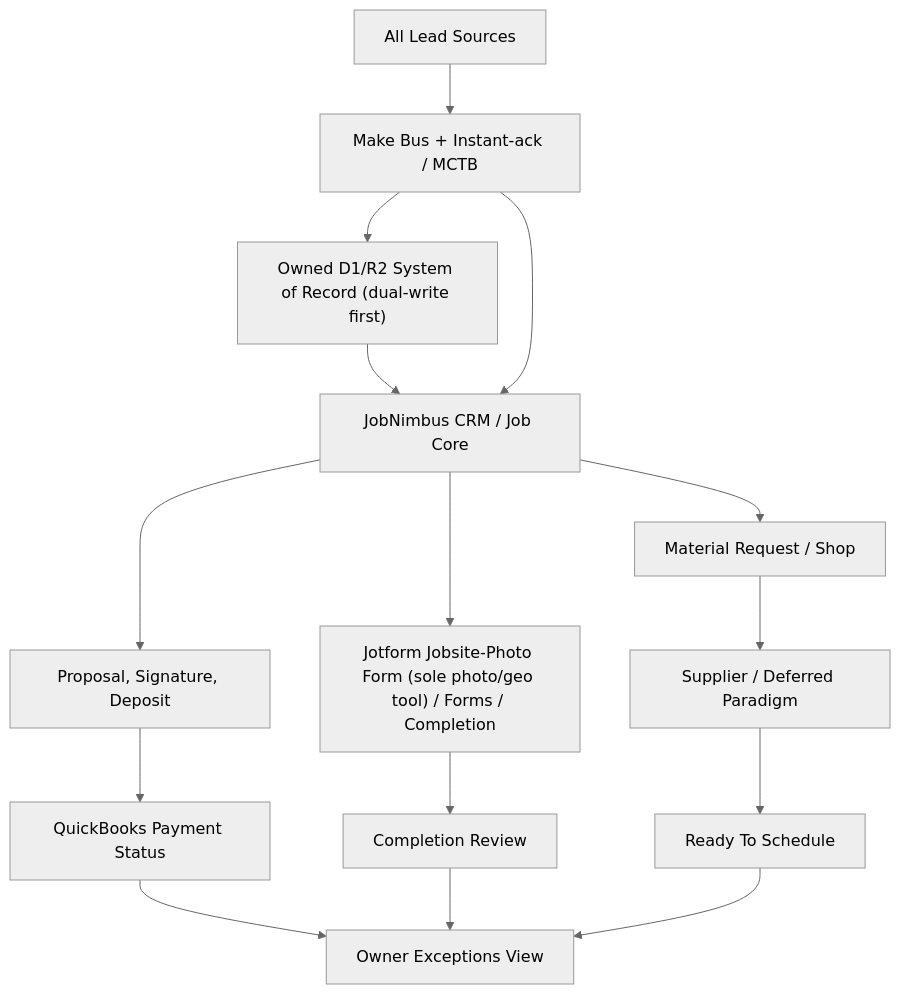
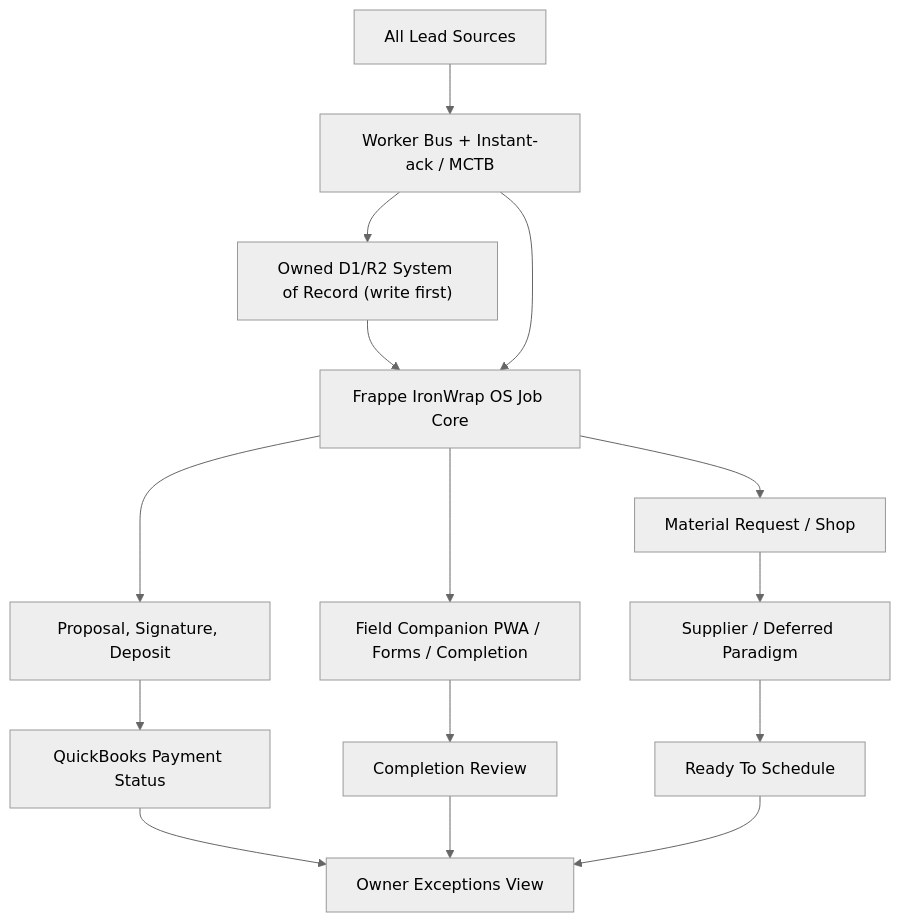
Before and after one commit to Iron-Wrap/ironwrap-os: the third of 3 diagrams in final-spec-pack/01-system-architecture.md, drawn with Mermaid (neutral theme). The commit also changed other lines of this file and 42 other files, not shown here.

````diff
--- a/final-spec-pack/01-system-architecture.md
+++ b/final-spec-pack/01-system-architecture.md
@@ -68,17 +74,17 @@
 ```mermaid
 flowchart TD
-  Lead["All Lead Sources"] --> Bus["Make Bus + Instant-ack / MCTB"]
-  Bus --> Owned["Owned D1/R2 System of Record (dual-write first)"]
-  Owned --> JobCore["JobNimbus CRM / Job Core"]
+  Lead["All Lead Sources"] --> Bus["Worker Bus + Instant-ack / MCTB"]
+  Bus --> Owned["Owned D1/R2 System of Record (write first)"]
+  Owned --> JobCore["Frappe IronWrap OS Job Core"]
   Bus --> JobCore
   JobCore --> Sales["Proposal, Signature, Deposit"]
   Sales --> Finance["QuickBooks Payment Status"]
-  JobCore --> Field["Jotform Jobsite-Photo Form (sole photo/geo tool) / Forms / Completion"]
+  JobCore --> Field["Field Companion PWA / Forms / Completion"]
   JobCore --> Materials["Material Request / Shop"]
   Materials --> Supplier["Supplier / Deferred Paradigm"]
   Field --> Complete["Completion Review"]
   Supplier --> Schedule["Ready To Schedule"]
   Finance --> Exceptions["Owner Exceptions View"]
   Complete --> Exceptions
   Schedule --> Exceptions
 ```
````
